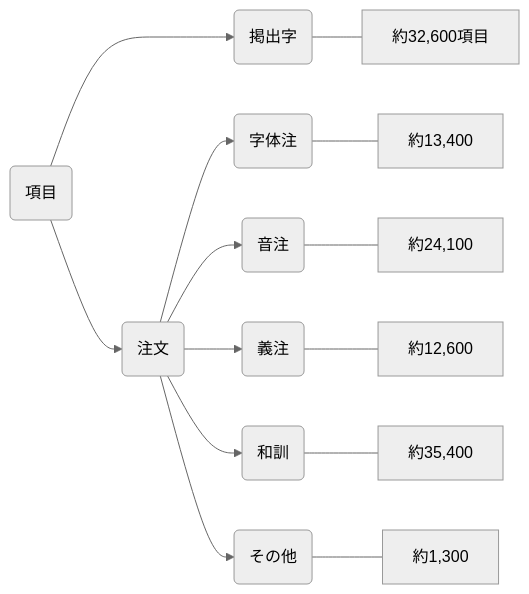
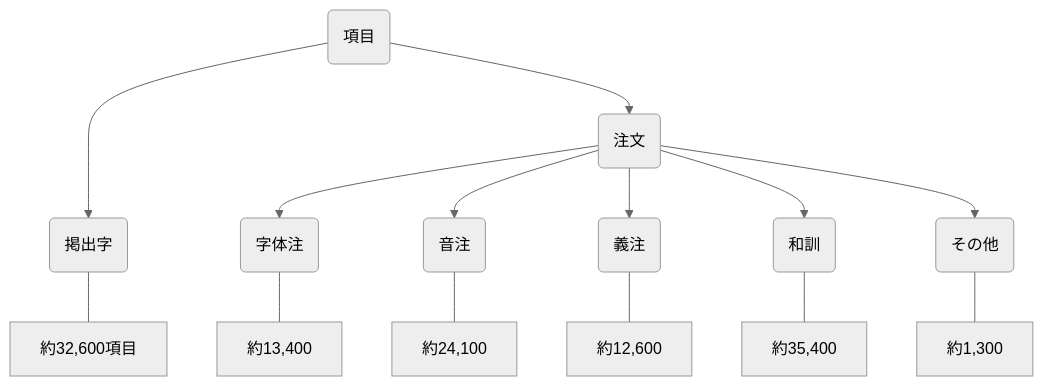
Before and after one commit to shikeda/shikeda.github.io: the diagram in content/docs/krm/05-annotation-policy/05-01-basic-policy.ja.md, drawn with Mermaid (neutral theme). The commit also changed other lines of this file and 130 other files, not shown here.

```diff
--- a/content/docs/krm/05-annotation-policy/05-01-basic-policy.ja.md
+++ b/content/docs/krm/05-annotation-policy/05-01-basic-policy.ja.md
@@ -29,10 +30,10 @@
 {{< mermaid title="Item Structure" >}}
-graph LR
+graph TB
     A(項目)--->B(掲出字)---I[約32,600項目]
     A-->C(注文)
     C-->D(字体注)---K[約13,400]
     C-->E(音注)---L[約24,100]
     C-->F(義注)---M[約12,600]
     C-->G(和訓)---N[約35,400]
     C-->H(その他)---O[約1,300]
 {{< /mermaid >}}
```
